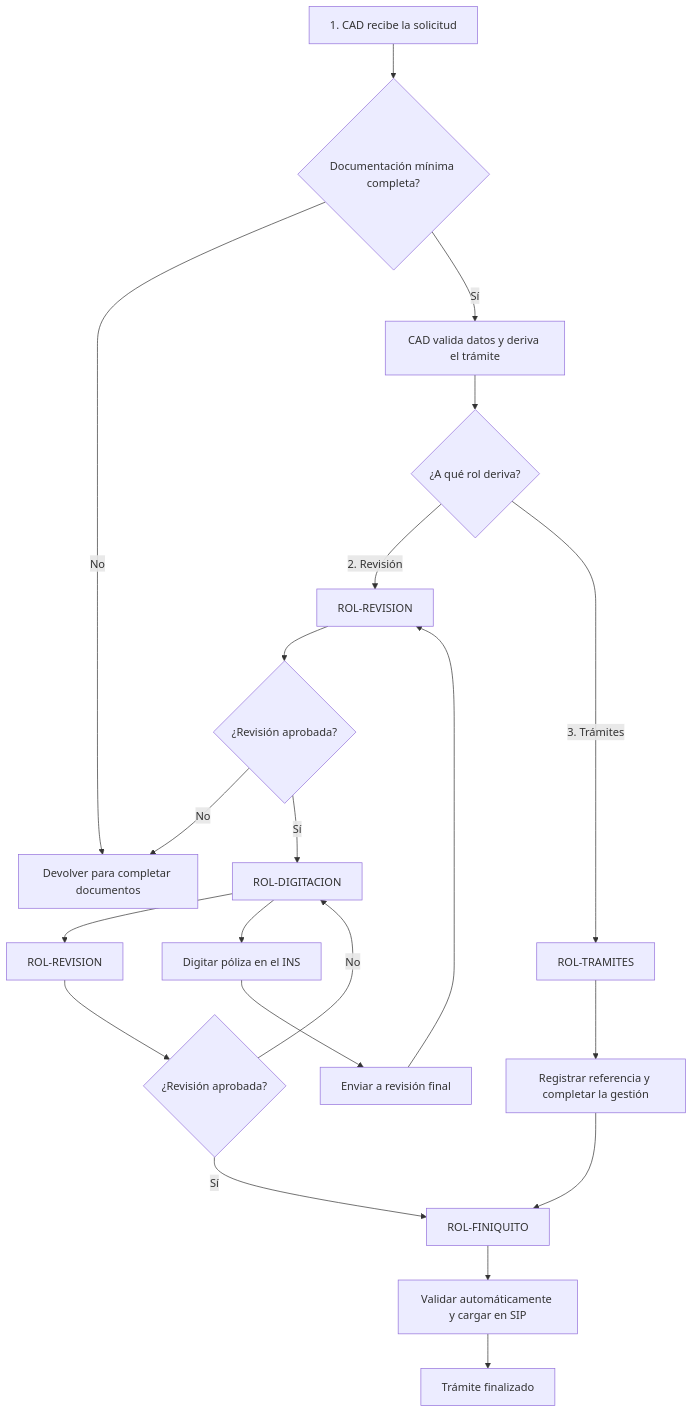
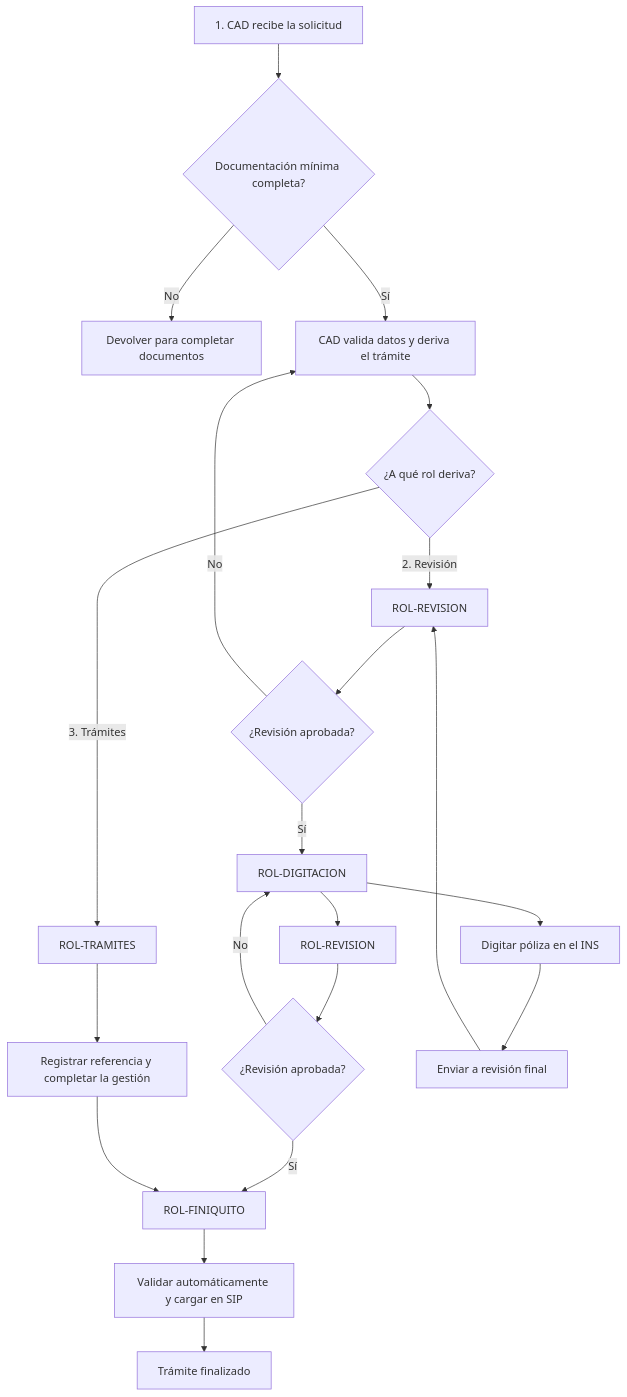
One commit to LuisPignataro/Tramites-Docs changed the diagram in Docs/tramites/emision-voluntario-aotomoviles.md. Above: the diagram before and after it, drawn with Mermaid. The commit also changed other lines of this file and 8 other files, not shown here.

````diff
--- a/Docs/tramites/emision-voluntario-aotomoviles.md
+++ b/Docs/tramites/emision-voluntario-aotomoviles.md
@@ -87,29 +87,29 @@
 ```mermaid
 flowchart TD
   A[1. CAD recibe la solicitud] --> B{Documentación mínima completa?}
   B -->|No| C[Devolver para completar documentos]
   B -->|Sí| D[CAD valida datos y deriva el trámite]
 
   D --> E{¿A qué rol deriva?}
   E -->|2. Revisión| F[ROL-REVISION]
   E -->|3. Trámites| G[ROL-TRAMITES]
   
   F --> J{¿Revisión aprobada?}
-  J -->|No| C
+  J -->|No| D
   J -->|Sí| H[ROL-DIGITACION]
 
   H --> R[ROL-REVISION]
   R --> S{¿Revisión aprobada?}
   S -->|No| H
   S -->|Sí| I[ROL-FINIQUITO]
   
   G --> K[Registrar referencia y completar la gestión]
   K --> I
 
   H --> L[Digitar póliza en el INS]
   L --> M[Enviar a revisión final]
   M --> F
 
   I --> N[Validar automáticamente y cargar en SIP]
   N --> O[Trámite finalizado]
 ```
````
